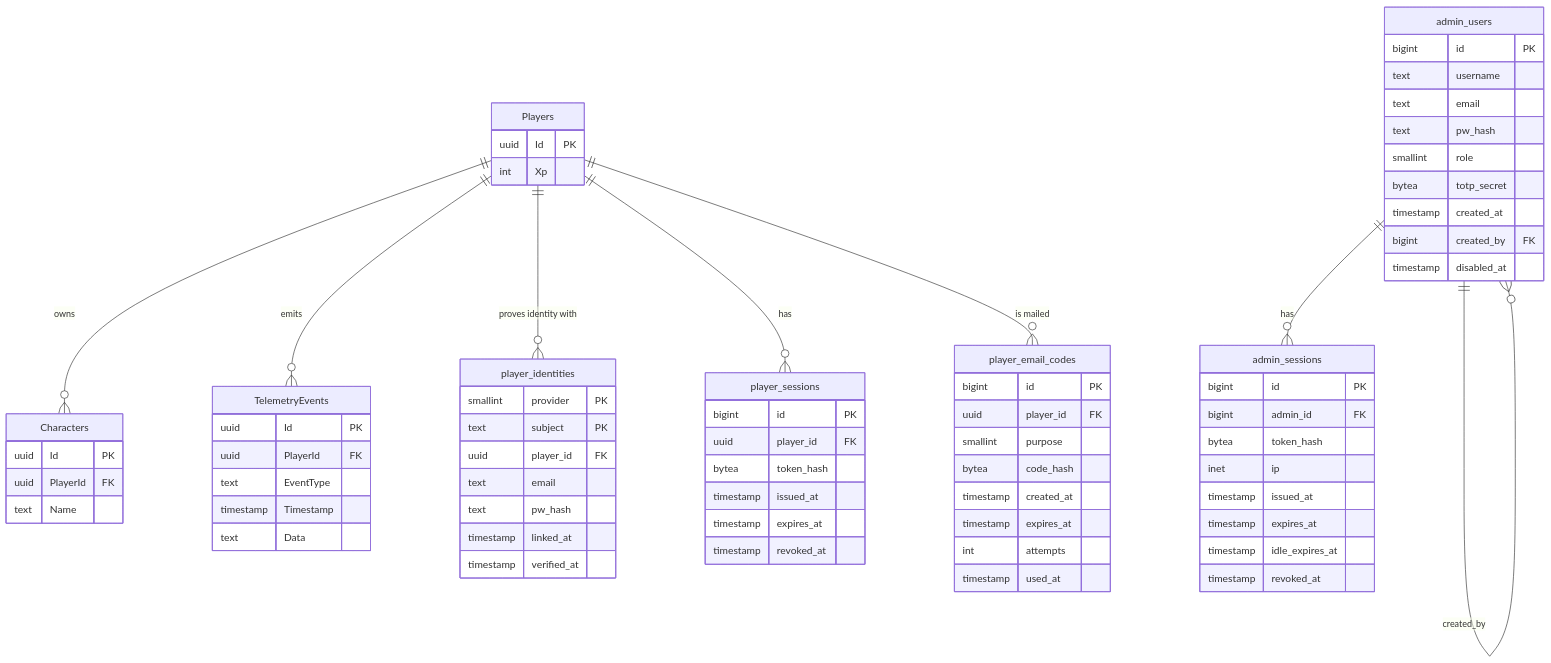
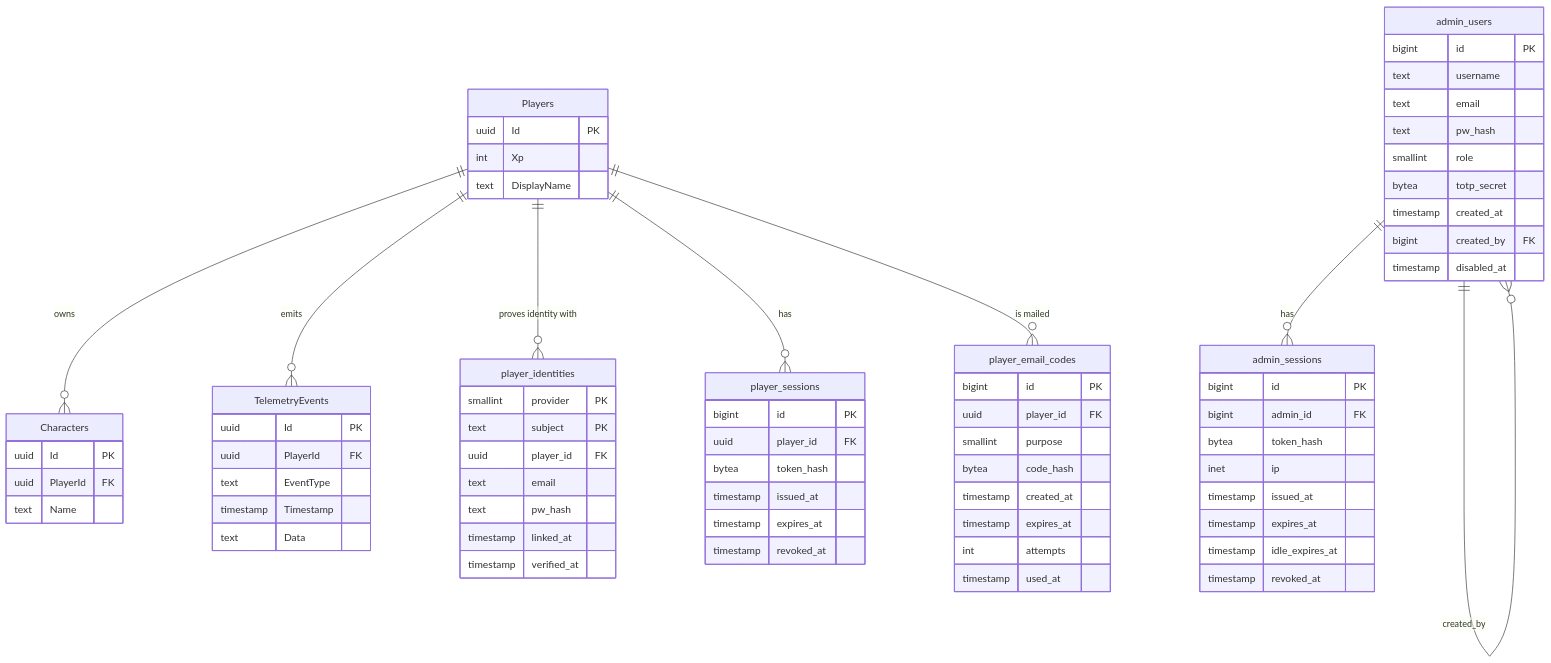
The diagram in docs/components/database.md (Bamboo01/Hakutaku), drawn with Mermaid before and after one commit. The commit also changed other lines of this file and 36 other files, not shown here.

````diff
--- a/docs/components/database.md
+++ b/docs/components/database.md
@@ -8,75 +8,76 @@
 ```mermaid
 erDiagram
     Players ||--o{ Characters : "owns"
     Players ||--o{ TelemetryEvents : "emits"
     Players ||--o{ player_identities : "proves identity with"
     Players ||--o{ player_sessions : "has"
     Players ||--o{ player_email_codes : "is mailed"
     admin_users ||--o{ admin_sessions : "has"
     admin_users ||--o{ admin_users : "created_by"
 
     Players {
         uuid Id PK
         int Xp
+        text DisplayName
     }
     player_identities {
         smallint provider PK
         text subject PK
         uuid player_id FK
         text email
         text pw_hash
         timestamp linked_at
         timestamp verified_at
     }
     player_sessions {
         bigint id PK
         uuid player_id FK
         bytea token_hash
         timestamp issued_at
         timestamp expires_at
         timestamp revoked_at
     }
     player_email_codes {
         bigint id PK
         uuid player_id FK
         smallint purpose
         bytea code_hash
         timestamp created_at
         timestamp expires_at
         int attempts
         timestamp used_at
     }
     Characters {
         uuid Id PK
         uuid PlayerId FK
         text Name
     }
     TelemetryEvents {
         uuid Id PK
         uuid PlayerId FK
         text EventType
         timestamp Timestamp
         text Data
     }
     admin_users {
         bigint id PK
         text username
         text email
         text pw_hash
         smallint role
         bytea totp_secret
         timestamp created_at
         bigint created_by FK
         timestamp disabled_at
     }
     admin_sessions {
         bigint id PK
         bigint admin_id FK
         bytea token_hash
         inet ip
         timestamp issued_at
         timestamp expires_at
         timestamp idle_expires_at
         timestamp revoked_at
     }
 ```
````
